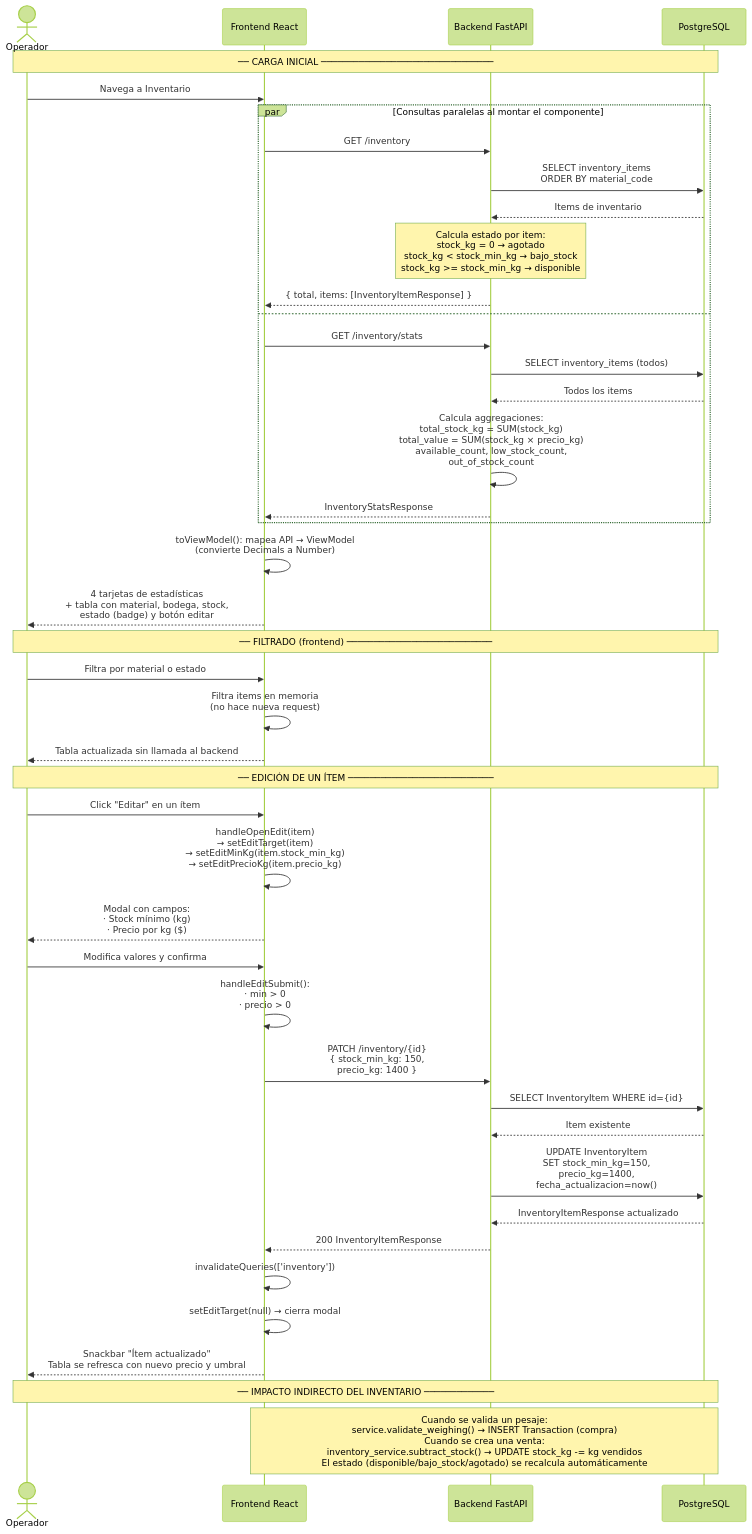
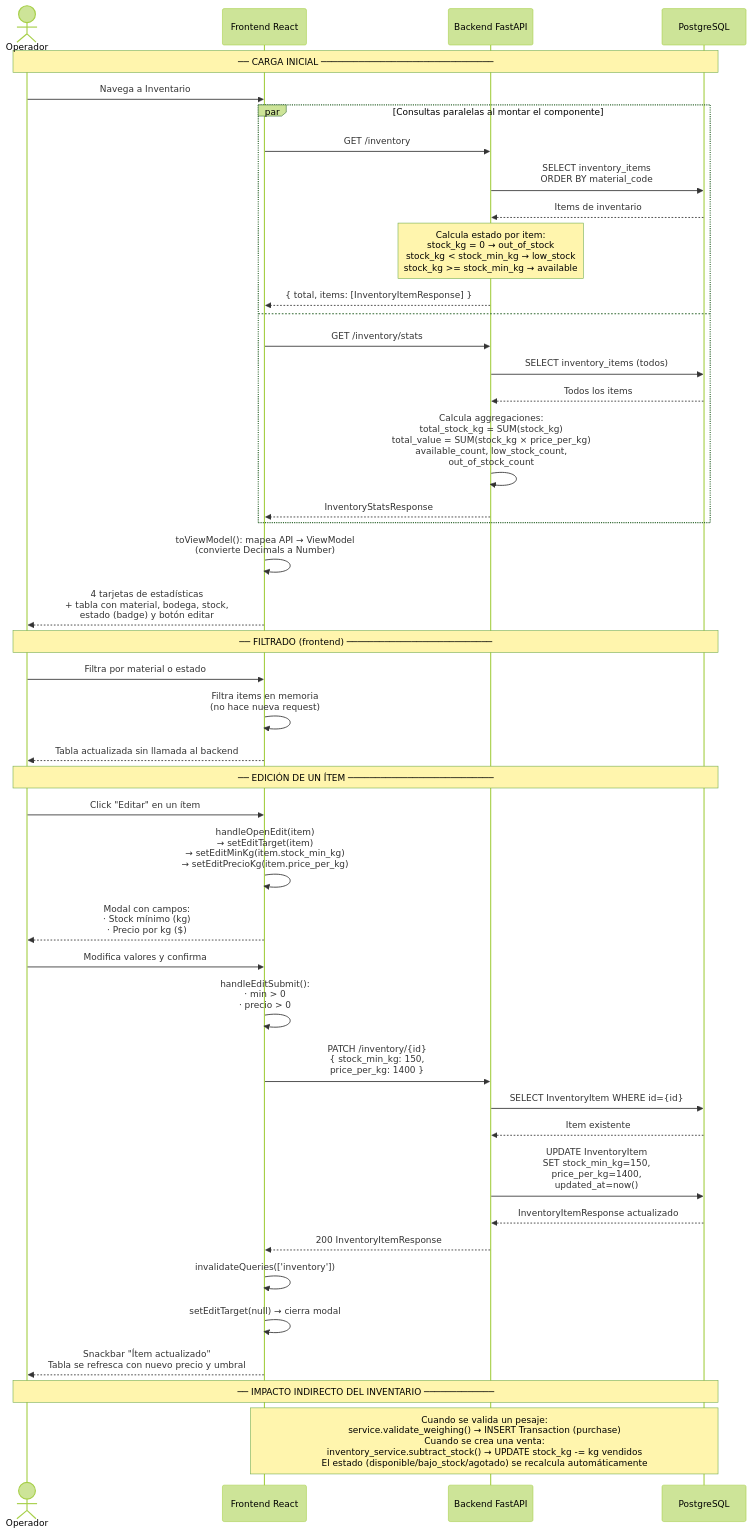
The third of 4 diagrams in docs/diagramas-secuencia.md (Somos-R/backend), drawn with Mermaid (forest theme) before and after one commit. The commit also changed other lines of this file and 5 other files, not shown here.

````diff
--- a/docs/diagramas-secuencia.md
+++ b/docs/diagramas-secuencia.md
@@ -209,61 +209,61 @@
 ```mermaid
 sequenceDiagram
     actor Operador
     participant FE as Frontend React
     participant API as Backend FastAPI
     participant DB as PostgreSQL
 
     Note over Operador,DB: ── CARGA INICIAL ────────────────────────────────
 
     Operador->>FE: Navega a Inventario
 
     par Consultas paralelas al montar el componente
         FE->>API: GET /inventory
         API->>DB: SELECT inventory_items<br/>ORDER BY material_code
         DB-->>API: Items de inventario
-        Note over API: Calcula estado por item:<br/>stock_kg = 0 → agotado<br/>stock_kg < stock_min_kg → bajo_stock<br/>stock_kg >= stock_min_kg → disponible
+        Note over API: Calcula estado por item:<br/>stock_kg = 0 → out_of_stock<br/>stock_kg < stock_min_kg → low_stock<br/>stock_kg >= stock_min_kg → available
         API-->>FE: { total, items: [InventoryItemResponse] }
     and
         FE->>API: GET /inventory/stats
         API->>DB: SELECT inventory_items (todos)
         DB-->>API: Todos los items
-        API->>API: Calcula aggregaciones:<br/>total_stock_kg = SUM(stock_kg)<br/>total_value = SUM(stock_kg × precio_kg)<br/>available_count, low_stock_count,<br/>out_of_stock_count
+        API->>API: Calcula aggregaciones:<br/>total_stock_kg = SUM(stock_kg)<br/>total_value = SUM(stock_kg × price_per_kg)<br/>available_count, low_stock_count,<br/>out_of_stock_count
         API-->>FE: InventoryStatsResponse
     end
 
     FE->>FE: toViewModel(): mapea API → ViewModel<br/>(convierte Decimals a Number)
     FE-->>Operador: 4 tarjetas de estadísticas<br/>+ tabla con material, bodega, stock,<br/>estado (badge) y botón editar
 
     Note over Operador,DB: ── FILTRADO (frontend) ───────────────────────────
 
     Operador->>FE: Filtra por material o estado
     FE->>FE: Filtra items en memoria<br/>(no hace nueva request)
     FE-->>Operador: Tabla actualizada sin llamada al backend
 
     Note over Operador,DB: ── EDICIÓN DE UN ÍTEM ───────────────────────────
 
     Operador->>FE: Click "Editar" en un ítem
-    FE->>FE: handleOpenEdit(item)<br/>→ setEditTarget(item)<br/>→ setEditMinKg(item.stock_min_kg)<br/>→ setEditPrecioKg(item.precio_kg)
+    FE->>FE: handleOpenEdit(item)<br/>→ setEditTarget(item)<br/>→ setEditMinKg(item.stock_min_kg)<br/>→ setEditPrecioKg(item.price_per_kg)
     FE-->>Operador: Modal con campos:<br/>· Stock mínimo (kg)<br/>· Precio por kg ($)
 
     Operador->>FE: Modifica valores y confirma
 
     FE->>FE: handleEditSubmit():<br/>· min > 0<br/>· precio > 0
 
-    FE->>API: PATCH /inventory/{id}<br/>{ stock_min_kg: 150,<br/>  precio_kg: 1400 }
+    FE->>API: PATCH /inventory/{id}<br/>{ stock_min_kg: 150,<br/>  price_per_kg: 1400 }
 
     API->>DB: SELECT InventoryItem WHERE id={id}
     DB-->>API: Item existente
 
-    API->>DB: UPDATE InventoryItem<br/>SET stock_min_kg=150,<br/>    precio_kg=1400,<br/>    fecha_actualizacion=now()
+    API->>DB: UPDATE InventoryItem<br/>SET stock_min_kg=150,<br/>    price_per_kg=1400,<br/>    updated_at=now()
     DB-->>API: InventoryItemResponse actualizado
 
     API-->>FE: 200 InventoryItemResponse
     FE->>FE: invalidateQueries(['inventory'])
     FE->>FE: setEditTarget(null) → cierra modal
     FE-->>Operador: Snackbar "Ítem actualizado"<br/>Tabla se refresca con nuevo precio y umbral
 
     Note over Operador,DB: ── IMPACTO INDIRECTO DEL INVENTARIO ─────────────
 
-    Note over FE,DB: Cuando se valida un pesaje:<br/>service.validate_weighing() → INSERT Transaction (compra)<br/>Cuando se crea una venta:<br/>inventory_service.subtract_stock() → UPDATE stock_kg -= kg vendidos<br/>El estado (disponible/bajo_stock/agotado) se recalcula automáticamente
+    Note over FE,DB: Cuando se valida un pesaje:<br/>service.validate_weighing() → INSERT Transaction (purchase)<br/>Cuando se crea una venta:<br/>inventory_service.subtract_stock() → UPDATE stock_kg -= kg vendidos<br/>El estado (disponible/bajo_stock/agotado) se recalcula automáticamente
 ```
````
